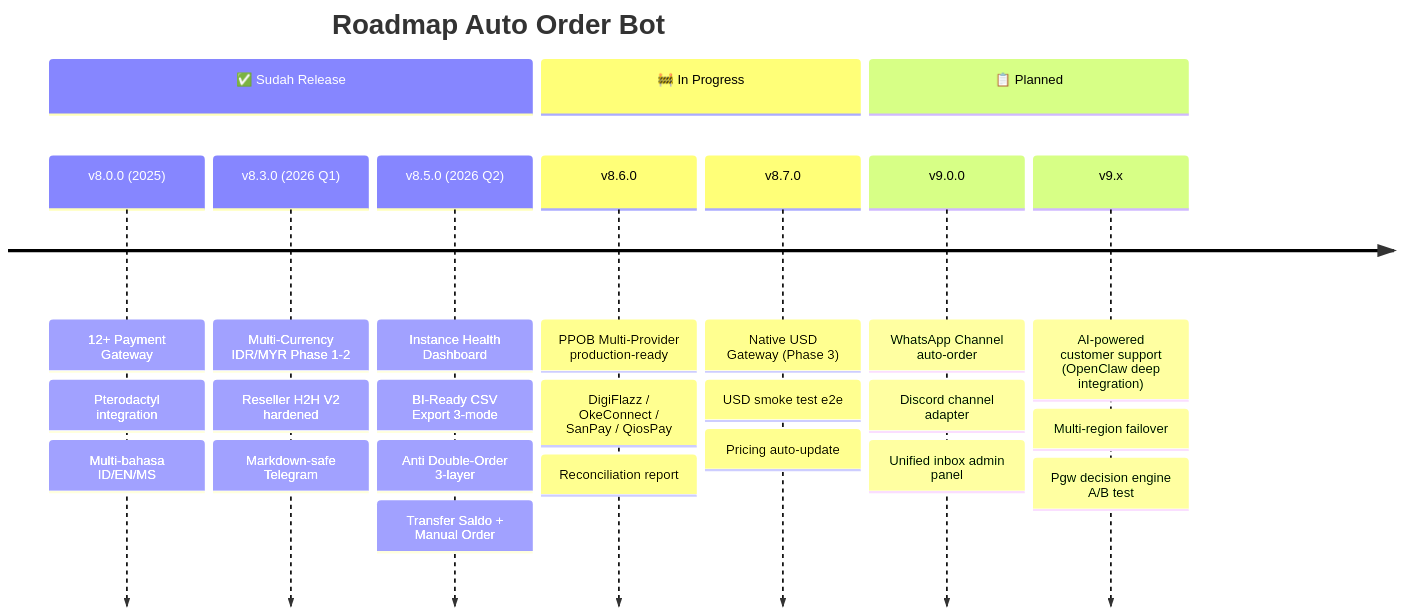
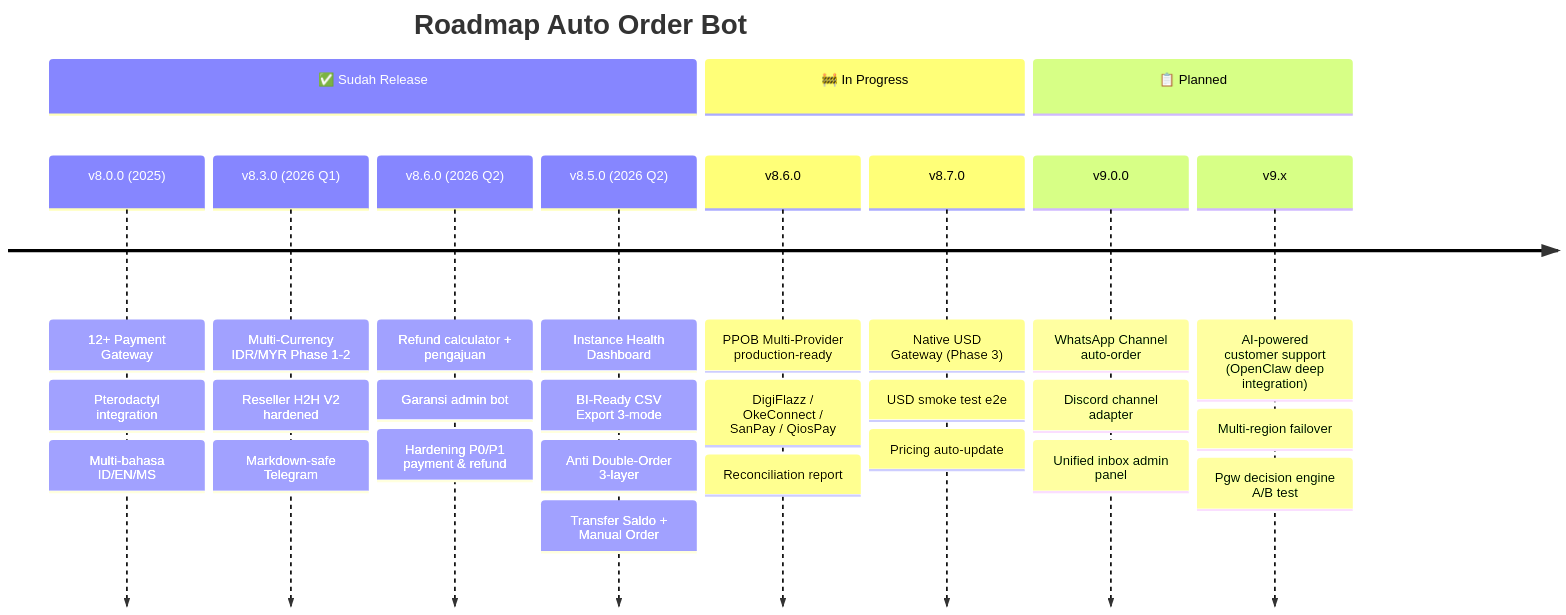
One commit to jundy779/Auto_Order_BOT changed diagram 11 of 11 in README.md. Above: the diagram before and after it, drawn with Mermaid. The commit also changed other lines of this file, not shown here.

````diff
--- a/README.md
+++ b/README.md
@@ -1044,14 +1073,15 @@
 ```mermaid
 timeline
     title Roadmap Auto Order Bot
     section ✅ Sudah Release
         v8.0.0 (2025) : 12+ Payment Gateway : Pterodactyl integration : Multi-bahasa ID/EN/MS
         v8.3.0 (2026 Q1) : Multi-Currency IDR/MYR Phase 1-2 : Reseller H2H V2 hardened : Markdown-safe Telegram
+        v8.6.0 (2026 Q2) : Refund calculator + pengajuan : Garansi admin bot : Hardening P0/P1 payment & refund
         v8.5.0 (2026 Q2) : Instance Health Dashboard : BI-Ready CSV Export 3-mode : Anti Double-Order 3-layer : Transfer Saldo + Manual Order
     section 🚧 In Progress
         v8.6.0 : PPOB Multi-Provider production-ready : DigiFlazz / OkeConnect / SanPay / QiosPay : Reconciliation report
         v8.7.0 : Native USD Gateway (Phase 3) : USD smoke test e2e : Pricing auto-update
     section 📋 Planned
         v9.0.0 : WhatsApp Channel auto-order : Discord channel adapter : Unified inbox admin panel
         v9.x : AI-powered customer support (OpenClaw deep integration) : Multi-region failover : Pgw decision engine A/B test
 ```
````
